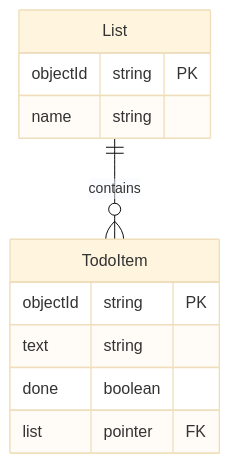
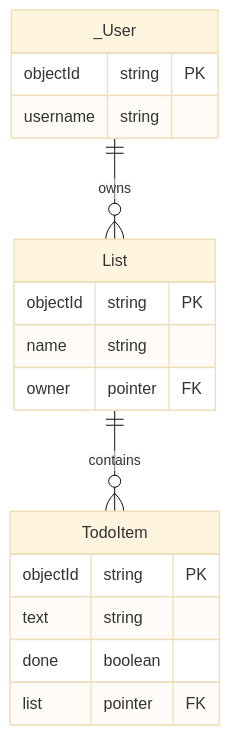
Before and after one commit to itu-tid/itu-tid.github.io: the diagram in Lectures/Technical/Backend/Relationships-Between-Object-Classes.md, drawn with Mermaid (base theme). The commit also changed other lines of this file and 4 other files, not shown here.

Commit message:
Week 5: restructure Auth and Relationships notes to the lecture's flow

````diff
--- a/Lectures/Technical/Backend/Relationships-Between-Object-Classes.md
+++ b/Lectures/Technical/Backend/Relationships-Between-Object-Classes.md
@@ -14,14 +116,20 @@
 ```mermaid
 erDiagram
+    _User ||--o{ List : owns
     List ||--o{ TodoItem : contains
+    _User {
+        objectId string PK
+        username string
+    }
     List {
         objectId string PK
         name     string
+        owner    pointer FK
     }
     TodoItem {
         objectId string  PK
         text     string
         done     boolean
         list     pointer FK
     }
 ```
````
